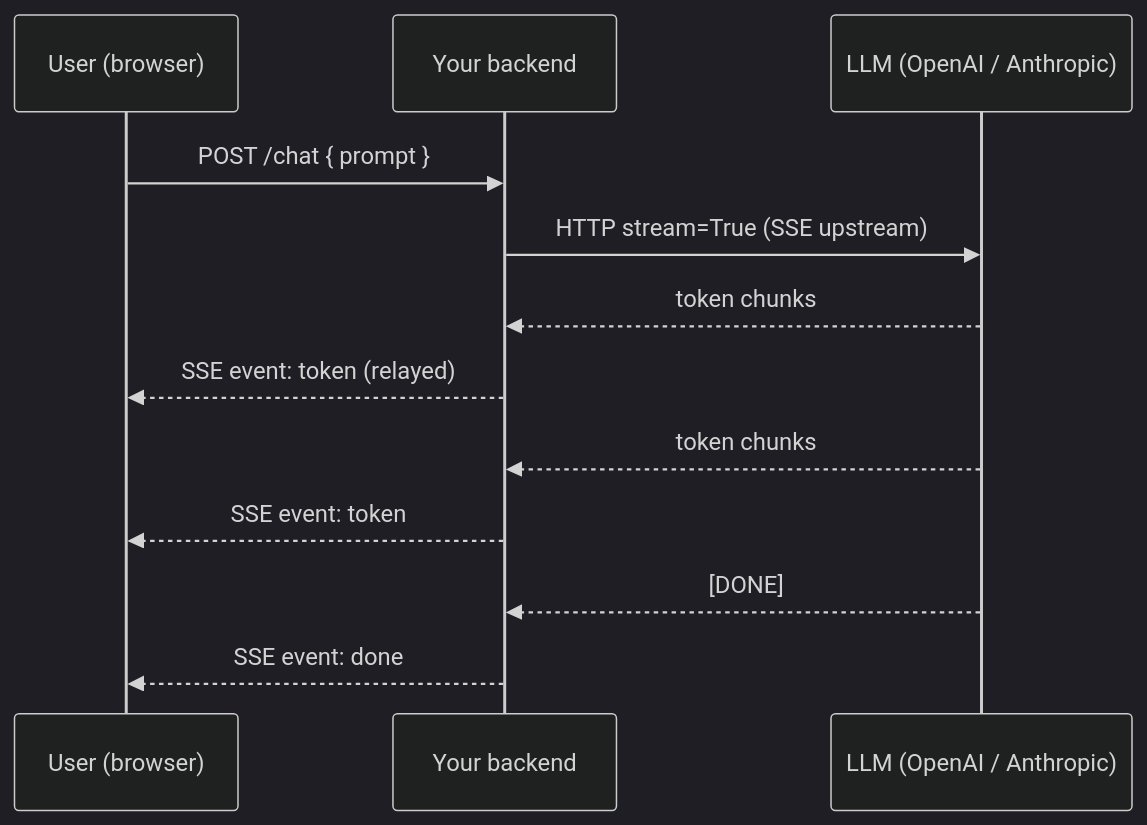
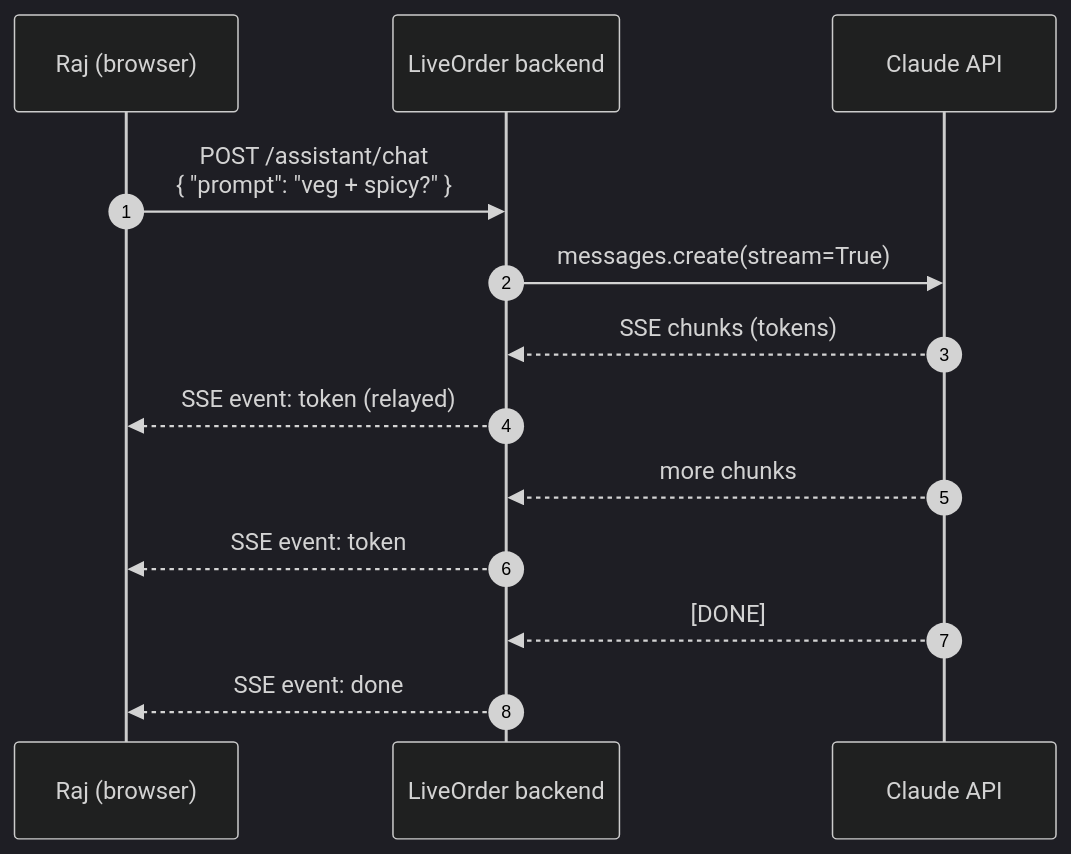
Before and after one commit to fnusatvik07/real-time-events: the first of 8 diagrams in concepts/07_ai_agents_mcp.md, drawn with Mermaid (dark theme). The commit also changed other lines of this file and 7 other files, not shown here.

````diff
--- a/concepts/07_ai_agents_mcp.md
+++ b/concepts/07_ai_agents_mcp.md
@@ -31,14 +44,15 @@
 ```mermaid
 sequenceDiagram
-    participant U as User (browser)
-    participant B as Your backend
-    participant L as LLM (OpenAI / Anthropic)
-    U->>B: POST /chat { prompt }
-    B->>L: HTTP stream=True (SSE upstream)
-    L-->>B: token chunks
+    autonumber
+    participant U as Raj (browser)
+    participant B as LiveOrder backend
+    participant L as Claude API
+    U->>B: POST /assistant/chat<br/>{ "prompt": "veg + spicy?" }
+    B->>L: messages.create(stream=True)
+    L-->>B: SSE chunks (tokens)
     B-->>U: SSE event: token (relayed)
-    L-->>B: token chunks
+    L-->>B: more chunks
     B-->>U: SSE event: token
     L-->>B: [DONE]
     B-->>U: SSE event: done
 ```
````
